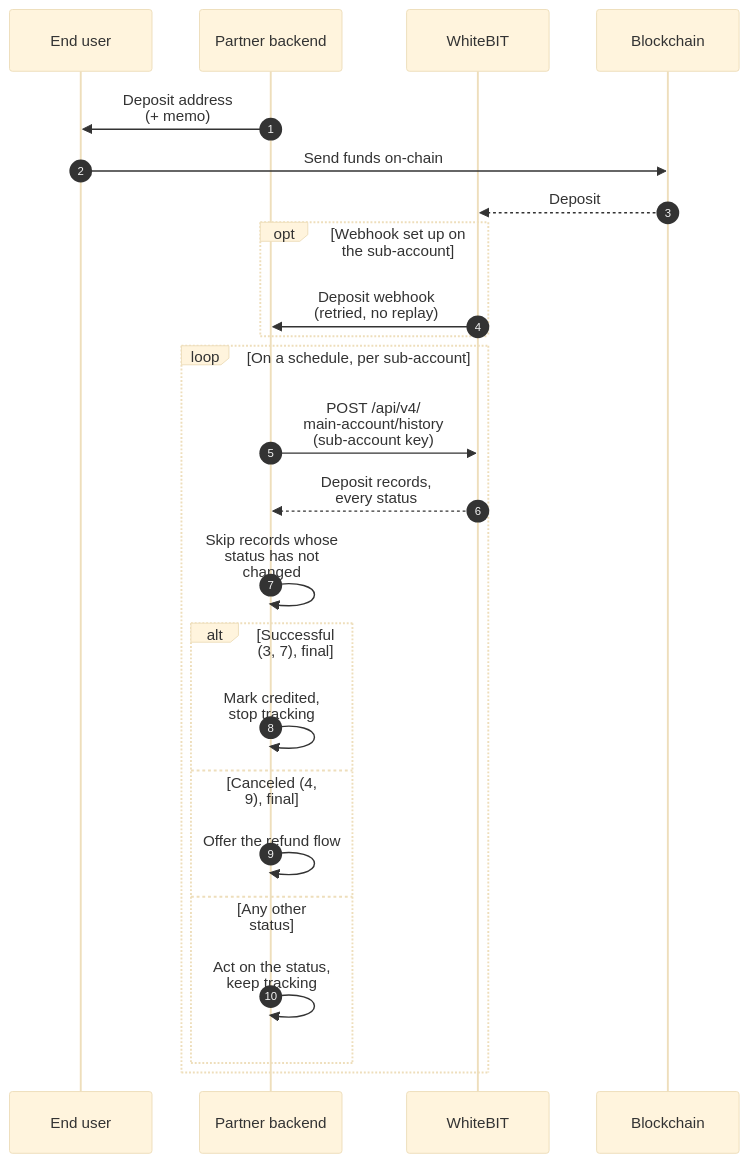
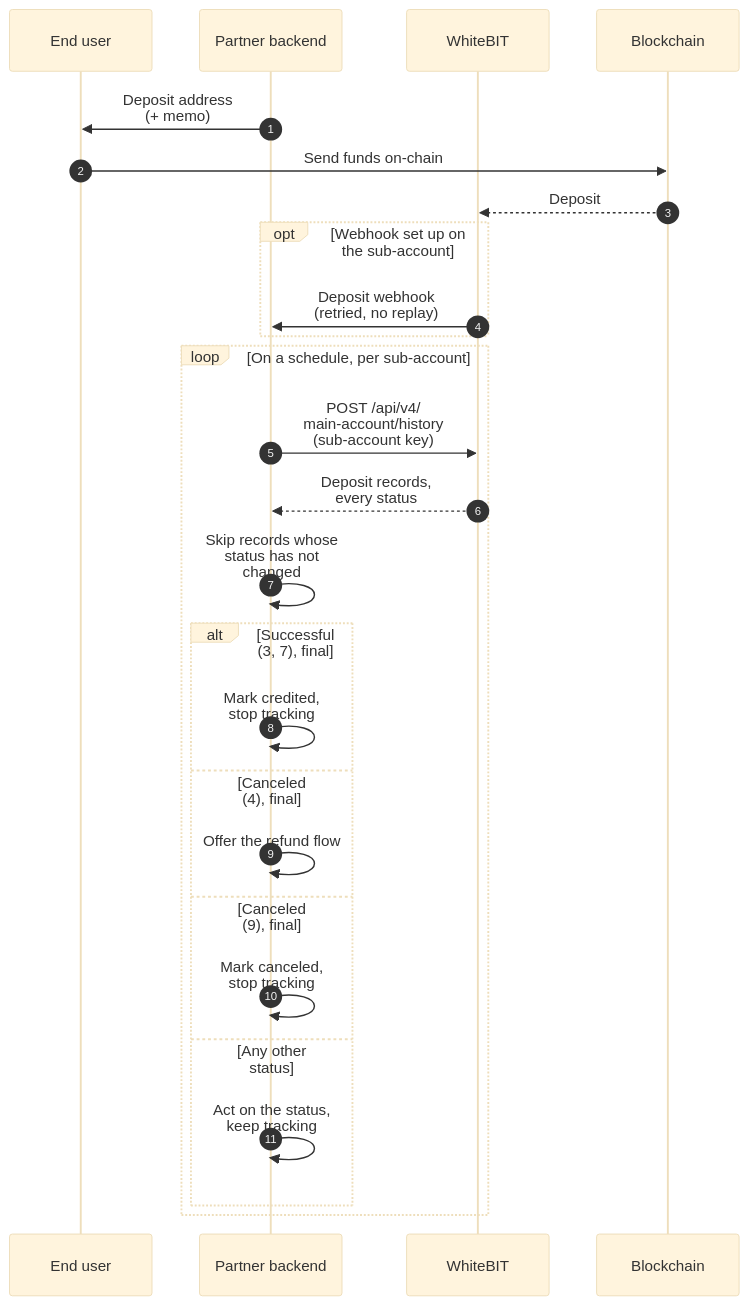
One commit to whitebit-exchange/docs changed the second of 5 diagrams in guides/waas-integration.mdx. Above: the diagram before and after it, drawn with Mermaid (base theme). The commit also changed other lines of this file and 14 other files, not shown here.

````diff
--- a/guides/waas-integration.mdx
+++ b/guides/waas-integration.mdx
@@ -124,27 +124,29 @@
 ```mermaid
 sequenceDiagram
     autonumber
     participant U as End user
     participant P as Partner backend
     participant W as WhiteBIT
     participant B as Blockchain
 
     P->>U: Deposit address<br/>(+ memo)
     U->>B: Send funds on-chain
     B-->>W: Deposit
     opt Webhook set up on the sub-account
         W->>P: Deposit webhook<br/>(retried, no replay)
     end
     loop On a schedule, per sub-account
         P->>W: POST /api/v4/<br/>main-account/history<br/>(sub-account key)
         W-->>P: Deposit records,<br/>every status
         P->>P: Skip records whose<br/>status has not<br/>changed
         alt Successful (3, 7), final
             P->>P: Mark credited,<br/>stop tracking
-        else Canceled (4, 9), final
+        else Canceled (4), final
             P->>P: Offer the refund flow
+        else Canceled (9), final
+            P->>P: Mark canceled,<br/>stop tracking
         else Any other status
             P->>P: Act on the status,<br/>keep tracking
         end
     end
 ```
````
